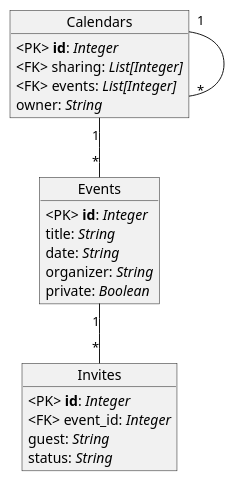
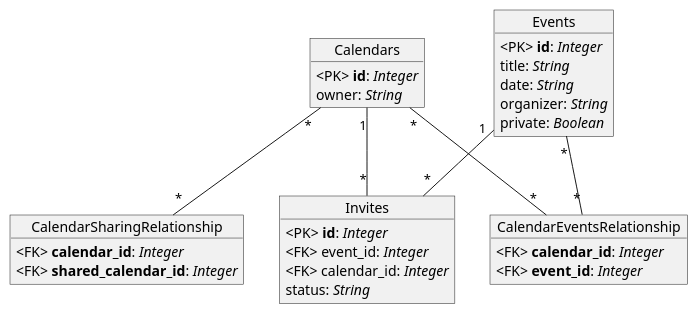
The diagram in calendardb .pu (LarsDeLeeuw/DS2024-2), drawn with PlantUML before and after one commit. The commit also changed 6 other files, not shown here.

```diff
--- a/calendardb .pu
+++ b/calendardb .pu
@@ -1,31 +1,42 @@
 @startuml "Calendar Database Models"
 
 object "Calendars" as C {
     <PK> **id**: //Integer//
-    <FK> sharing: //List[Integer]//
-    <FK> events: //List[Integer]//
     owner: //String//
+}
+
+object "CalendarSharingRelationship" as CSR {
+    <FK> **calendar_id**: //Integer//
+    <FK> **shared_calendar_id**: //Integer//
+}
+
+object "CalendarEventsRelationship" as CER {
+    <FK> **calendar_id**: //Integer//
+    <FK> **event_id**: //Integer//
 }
 
 object "Events" as E {
     <PK> **id**: //Integer//
     title: //String//
     date: //String//
     organizer: //String//
     private: //Boolean//
 }
 
 object "Invites" as I {
     <PK> **id**: //Integer//
     <FK> event_id: //Integer//
-    guest: //String//
+    <FK> calendar_id: //Integer//
     status: //String//
 }
 
 ' The calendars who you shared with
-C "1" -- "*" C 
+C "*" -- "*" CSR
 ' The (maybe) participating events
-C "1" -- "*" E
+C "*" -- "*" CER
+E "*" -- "*" CER
+' The invites of an event
 E "1" -- "*" I
+C "1" -- "*" I
 
 @enduml
```
